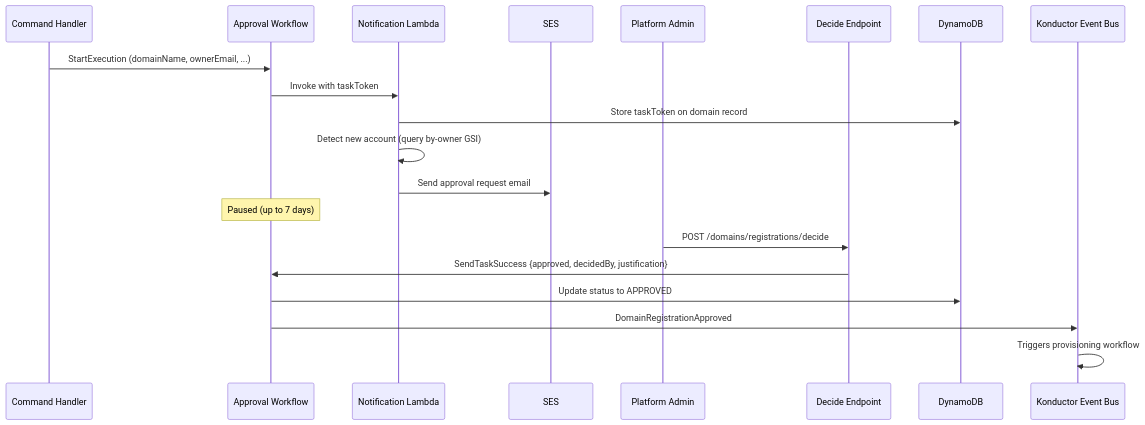
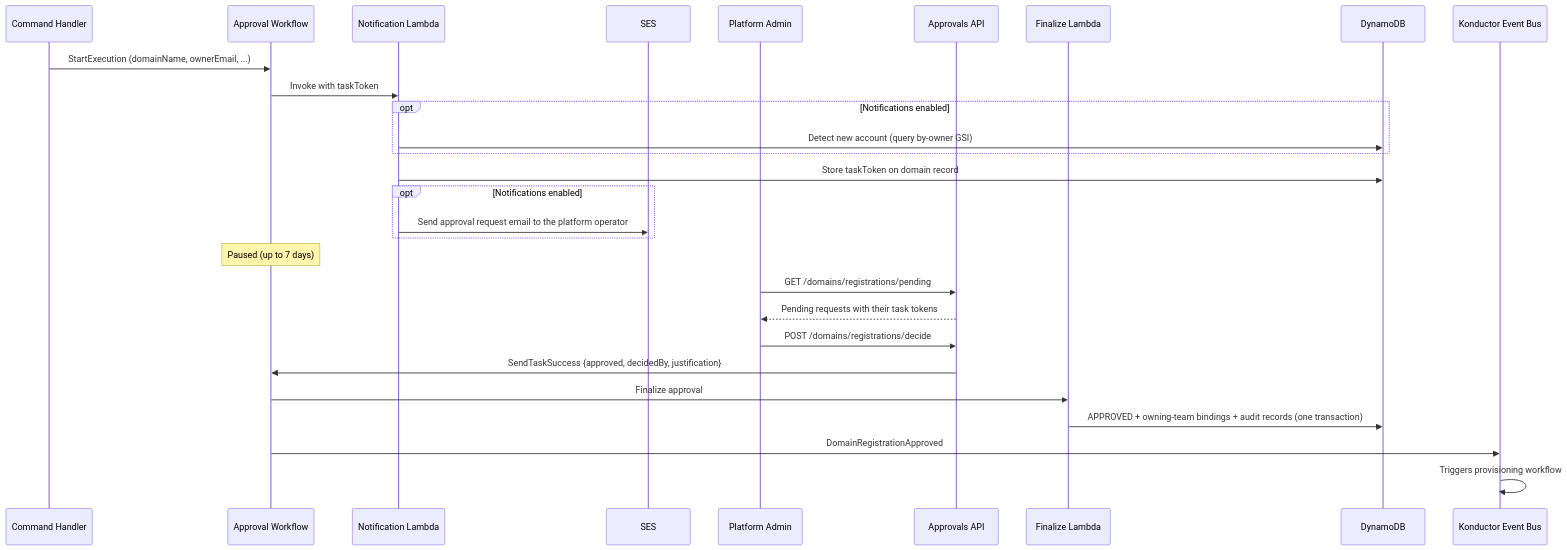
Before and after one commit to liedig/konductor4evb: the diagram in docs/architecture/domain-lifecycle.md, drawn with Mermaid. The commit also changed other lines of this file and 75 other files, not shown here.

````diff
--- a/docs/architecture/domain-lifecycle.md
+++ b/docs/architecture/domain-lifecycle.md
@@ -25,23 +33,31 @@
 ```mermaid
 sequenceDiagram
     participant CH as Command Handler
     participant SFN as Approval Workflow
     participant NF as Notification Lambda
     participant SES as SES
     participant Admin as Platform Admin
-    participant API as Decide Endpoint
+    participant API as Approvals API
+    participant FA as Finalize Lambda
     participant DDB as DynamoDB
     participant EB as Konductor Event Bus
 
     CH->>SFN: StartExecution (domainName, ownerEmail, ...)
     SFN->>NF: Invoke with taskToken
+    opt Notifications enabled
+        NF->>DDB: Detect new account (query by-owner GSI)
+    end
     NF->>DDB: Store taskToken on domain record
-    NF->>NF: Detect new account (query by-owner GSI)
-    NF->>SES: Send approval request email
+    opt Notifications enabled
+        NF->>SES: Send approval request email to the platform operator
+    end
     Note over SFN: Paused (up to 7 days)
+    Admin->>API: GET /domains/registrations/pending
+    API-->>Admin: Pending requests with their task tokens
     Admin->>API: POST /domains/registrations/decide
     API->>SFN: SendTaskSuccess {approved, decidedBy, justification}
-    SFN->>DDB: Update status to APPROVED
+    SFN->>FA: Finalize approval
+    FA->>DDB: APPROVED + owning-team bindings + audit records (one transaction)
     SFN->>EB: DomainRegistrationApproved
     EB->>EB: Triggers provisioning workflow
 ```
````
